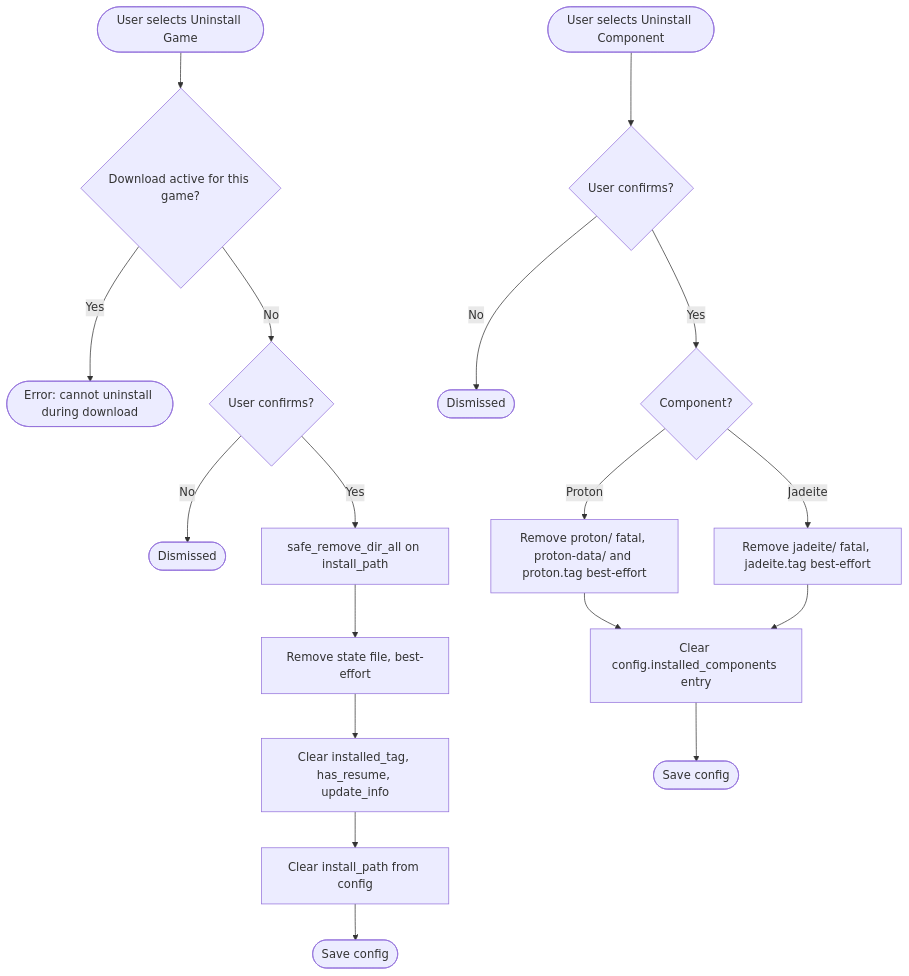
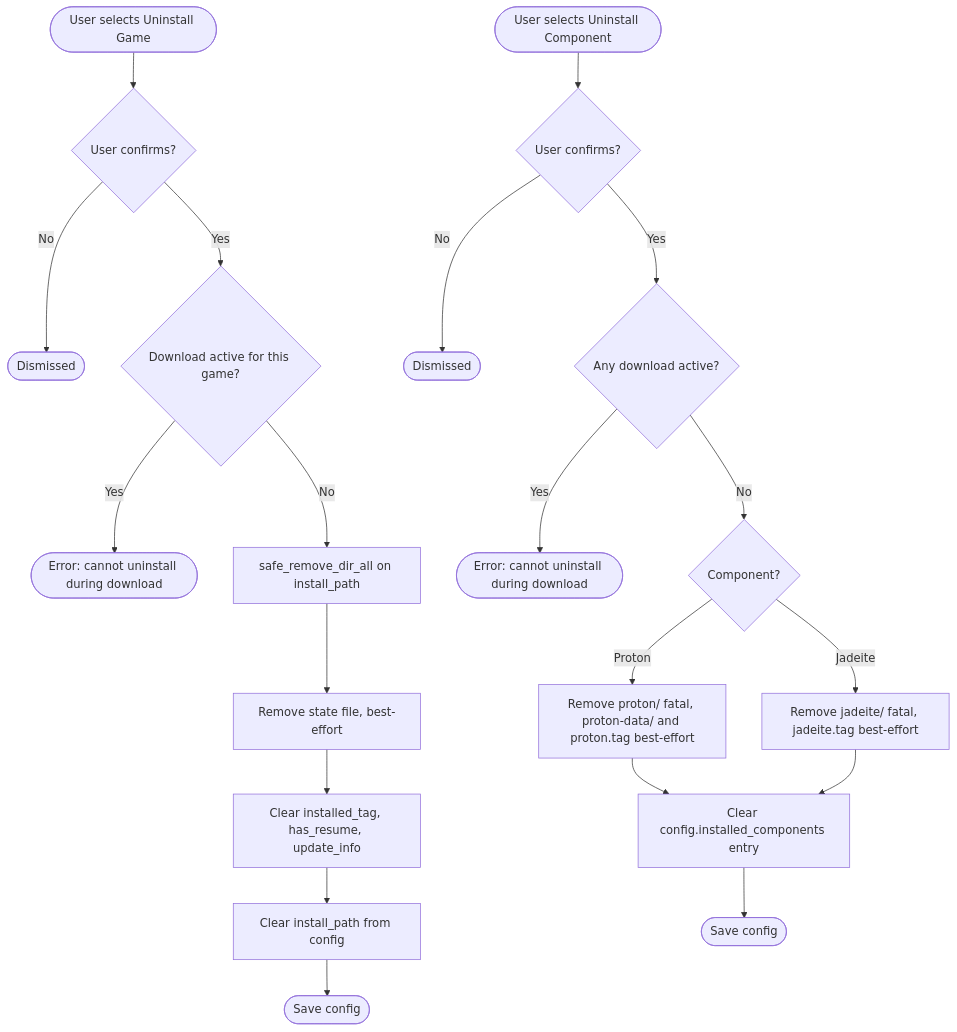
Diagram 17 of 21 in UX.md (ChakornK/elysiae-tui), drawn with Mermaid before and after one commit. The commit also changed other lines of this file and 1 other file, not shown here.

````diff
--- a/UX.md
+++ b/UX.md
@@ -421,21 +422,23 @@
 ```mermaid
 flowchart TD
-    SelectGame([User selects Uninstall Game]) --> Guard{Download active for this game?}
-    Guard -->|Yes| Error([Error: cannot uninstall during download])
-    Guard -->|No| ConfirmG{User confirms?}
+    SelectGame([User selects Uninstall Game]) --> ConfirmG{User confirms?}
     ConfirmG -->|No| CancelGame([Dismissed])
-    ConfirmG -->|Yes| RemoveDir[safe_remove_dir_all on install_path]
+    ConfirmG -->|Yes| GuardGame{Download active for this game?}
+    GuardGame -->|Yes| Error([Error: cannot uninstall during download])
+    GuardGame -->|No| RemoveDir[safe_remove_dir_all on install_path]
     RemoveDir --> RemoveState[Remove state file, best-effort]
     RemoveState --> ClearStatus[Clear installed_tag, has_resume, update_info]
     ClearStatus --> ClearConfig[Clear install_path from config]
     ClearConfig --> SaveConfigGame([Save config])
 
     SelectComp([User selects Uninstall Component]) --> ConfirmC{User confirms?}
     ConfirmC -->|No| CancelComp([Dismissed])
-    ConfirmC -->|Yes| WhichComp{Component?}
+    ConfirmC -->|Yes| GuardComp{Any download active?}
+    GuardComp -->|Yes| ErrorComp([Error: cannot uninstall during download])
+    GuardComp -->|No| WhichComp{Component?}
     WhichComp -->|Proton| RemoveProton[Remove proton/ fatal, proton-data/ and proton.tag best-effort]
     WhichComp -->|Jadeite| RemoveJadeite[Remove jadeite/ fatal, jadeite.tag best-effort]
     RemoveProton --> ClearCompConfig[Clear config.installed_components entry]
     RemoveJadeite --> ClearCompConfig
     ClearCompConfig --> SaveConfigComp([Save config])
 ```
````
